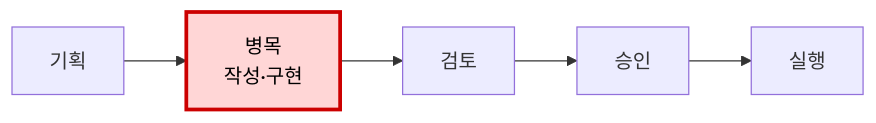
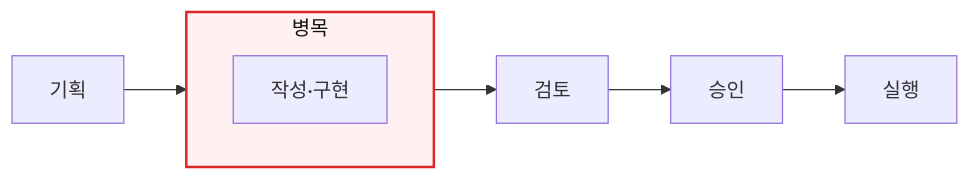
Before and after one commit to garam-park/garam-park.github.io: the second of 3 diagrams in _posts/2026-07-19-ai-productivity-paradox.md, drawn with Mermaid. The commit also changed other lines of this file, not shown here.

Commit message:
docs: show bottlenecks as grouped boxes

````diff
--- a/_posts/2026-07-19-ai-productivity-paradox.md
+++ b/_posts/2026-07-19-ai-productivity-paradox.md
@@ -88,6 +88,18 @@
 ```mermaid
 flowchart LR
-    A[기획] --> B[병목<br/>작성·구현] --> C[검토] --> D[승인] --> E[실행]
-    classDef bottleneck fill:#ffd6d6,stroke:#c00,stroke-width:3px,color:#000
-    class B bottleneck
+    A[기획]
+
+    subgraph X[병목]
+        direction LR
+        B[작성·구현]
+    end
+
+    C[검토]
+    D[승인]
+    E[실행]
+
+    A --> B --> C --> D --> E
+
+    classDef bottleneckBox fill:#fff1f2,stroke:#dc2626,stroke-width:2px,color:#111
+    class X bottleneckBox
 ```
````
